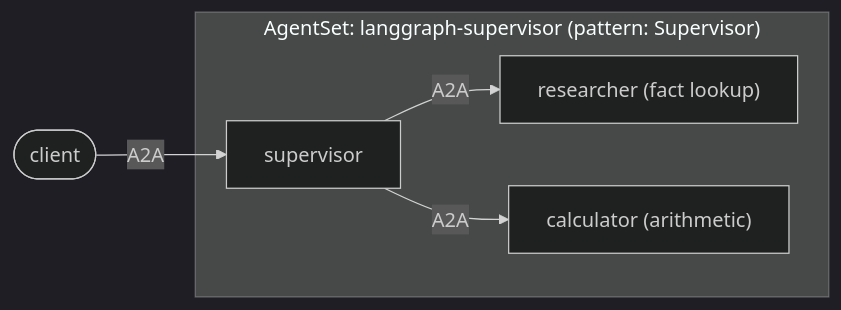
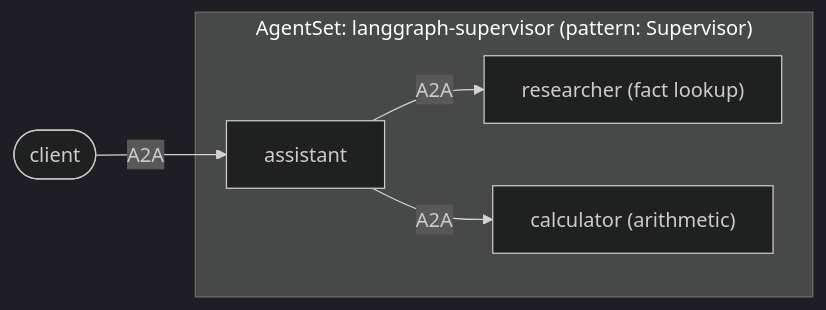
One commit to kynoproj/kynomesh-examples changed the diagram in langgraph/supervisor/README.md. Above: the diagram before and after it, drawn with Mermaid (dark theme). The commit also changed other lines of this file and 46 other files, not shown here.

````diff
--- a/langgraph/supervisor/README.md
+++ b/langgraph/supervisor/README.md
@@ -7,8 +7,8 @@
 ```mermaid
 flowchart LR
-    client([client]) -- A2A --> supervisor
+    client([client]) -- A2A --> assistant
     subgraph AgentSet["AgentSet: langgraph-supervisor (pattern: Supervisor)"]
-        supervisor -- A2A --> researcher["researcher (fact lookup)"]
-        supervisor -- A2A --> calculator["calculator (arithmetic)"]
+        assistant -- A2A --> researcher["researcher (fact lookup)"]
+        assistant -- A2A --> calculator["calculator (arithmetic)"]
     end
 ```
````
